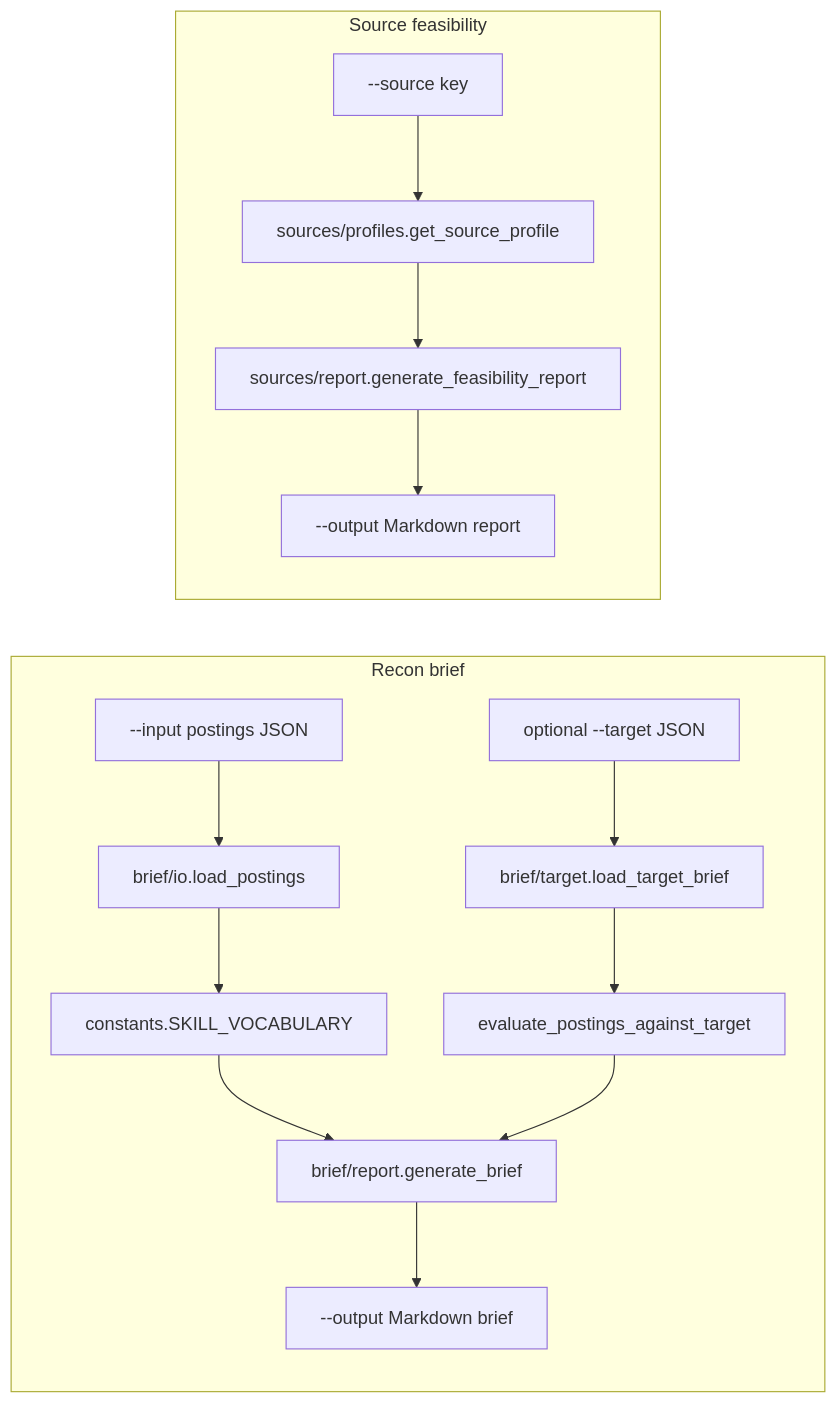
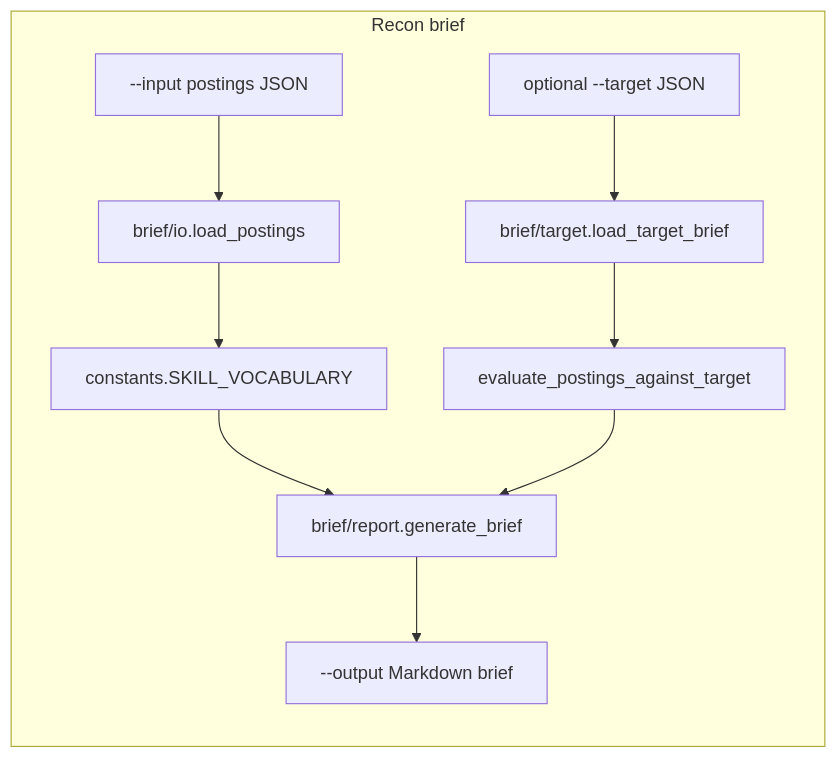
Before and after one commit to Trevor5008/Jobs-Recon: the second of 3 diagrams in README.md, drawn with Mermaid. The commit also changed other lines of this file and 13 other files, not shown here.

Commit message:
mvp-0.4.1-remove-source-feasibility - Drop static source profiles and the empty source-feasibility CLI - App now focuses on local posting recon and search-grounding discovery - README and CHANGELOG updated

````diff
--- a/README.md
+++ b/README.md
@@ -151,18 +144,12 @@
 ```mermaid
 flowchart LR
   subgraph briefFlow [Recon brief]
     postingsJson["--input postings JSON"] --> loadPostings[brief/io.load_postings]
     loadPostings --> extractSkills[constants.SKILL_VOCABULARY]
     targetJson["optional --target JSON"] --> loadTarget[brief/target.load_target_brief]
     loadTarget --> evaluate[evaluate_postings_against_target]
     extractSkills --> generateBrief[brief/report.generate_brief]
     evaluate --> generateBrief
     generateBrief --> briefMd["--output Markdown brief"]
   end
-
-  subgraph sourceFlow [Source feasibility]
-    sourceKey["--source key"] --> getProfile[sources/profiles.get_source_profile]
-    getProfile --> sourceReport[sources/report.generate_feasibility_report]
-    sourceReport --> sourceMd["--output Markdown report"]
-  end
 ```
````
